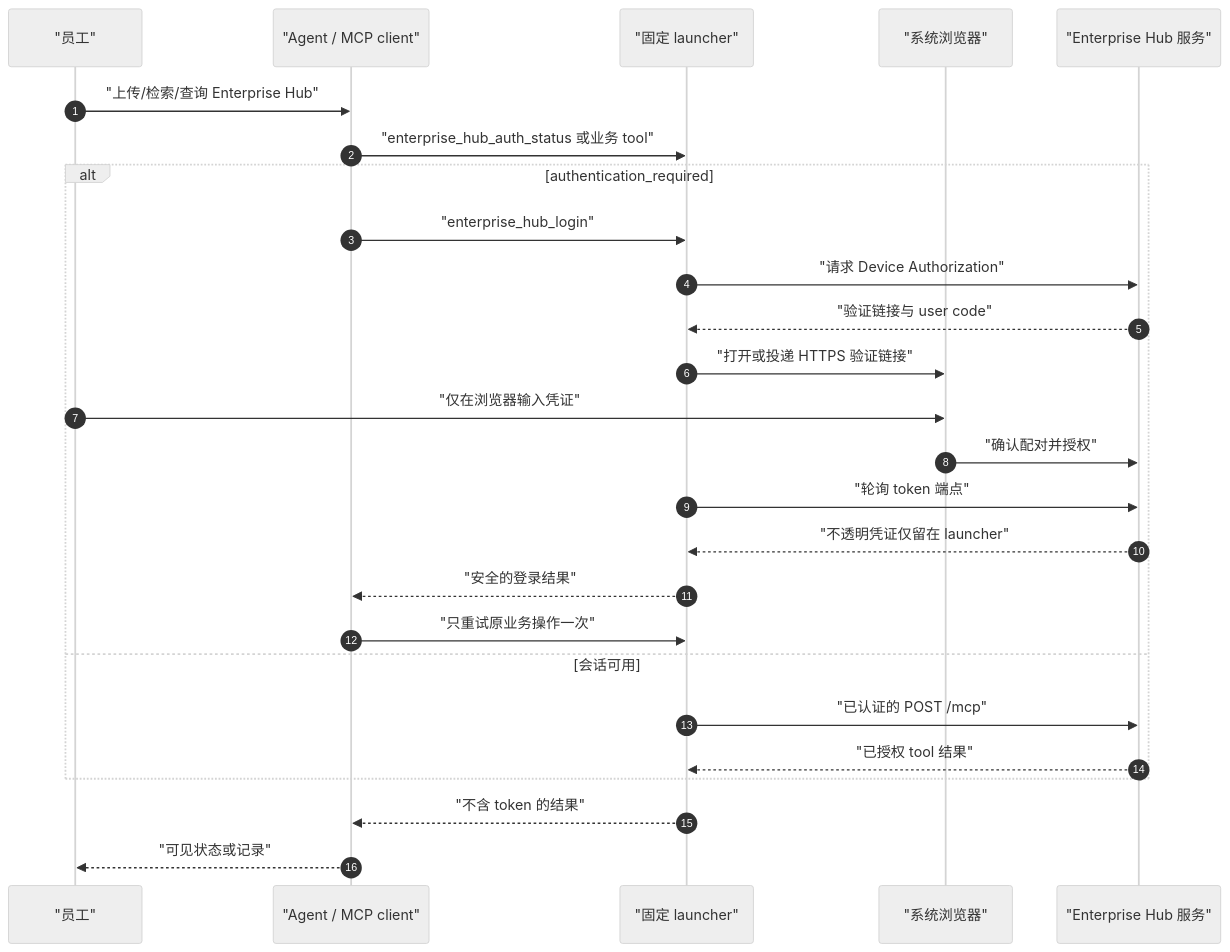
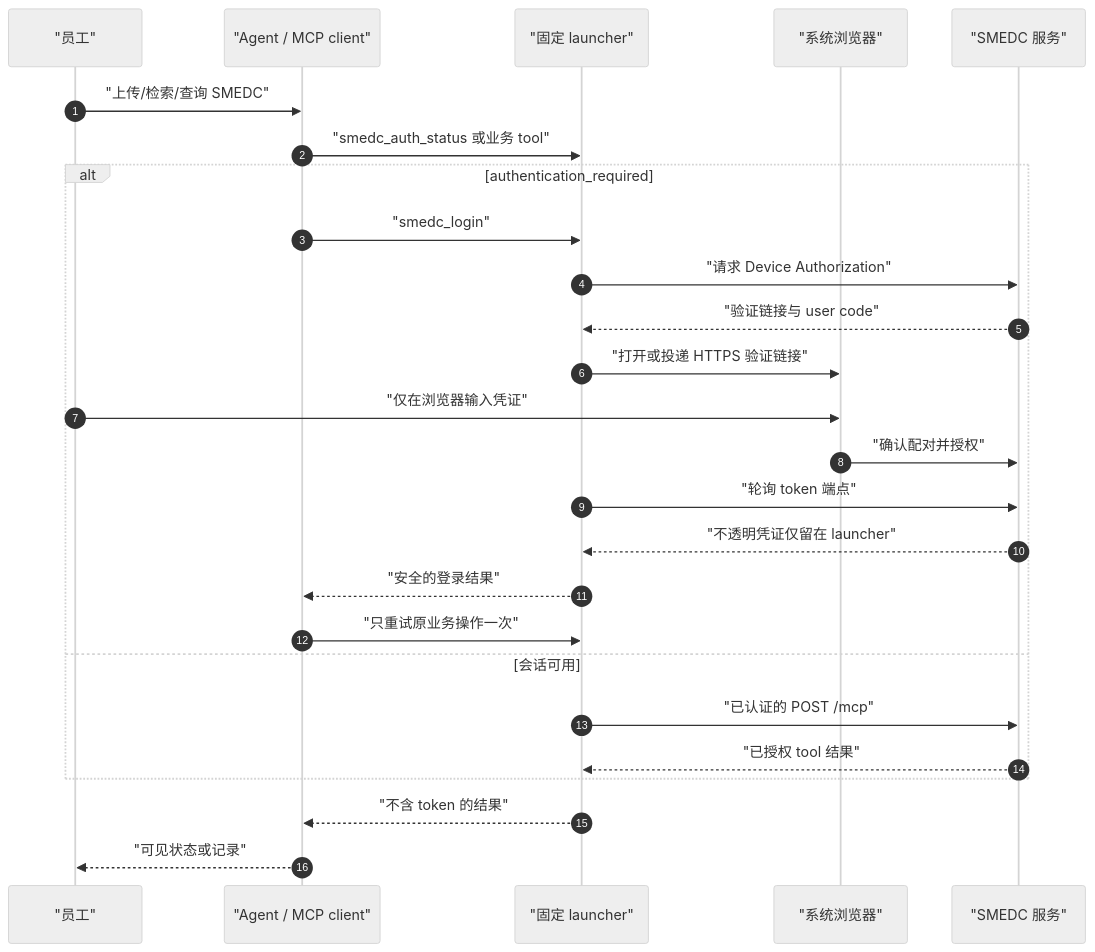
One commit to YinXiaoyu-1998/SME_DATA_CENTER changed the second of 2 diagrams in docs/implementation/mcp-user-flow.zh.md. Above: the diagram before and after it, drawn with Mermaid (neutral theme). The commit also changed other lines of this file and 150 other files, not shown here.

````diff
--- a/docs/implementation/mcp-user-flow.zh.md
+++ b/docs/implementation/mcp-user-flow.zh.md
@@ -51,29 +51,29 @@
 ```mermaid
 sequenceDiagram
   autonumber
   participant E as "员工"
   participant A as "Agent / MCP client"
   participant L as "固定 launcher"
   participant B as "系统浏览器"
-  participant S as "Enterprise Hub 服务"
+  participant S as "SMEDC 服务"
 
-  E->>A: "上传/检索/查询 Enterprise Hub"
-  A->>L: "enterprise_hub_auth_status 或业务 tool"
+  E->>A: "上传/检索/查询 SMEDC"
+  A->>L: "smedc_auth_status 或业务 tool"
   alt authentication_required
-    A->>L: "enterprise_hub_login"
+    A->>L: "smedc_login"
     L->>S: "请求 Device Authorization"
     S-->>L: "验证链接与 user code"
     L->>B: "打开或投递 HTTPS 验证链接"
     E->>B: "仅在浏览器输入凭证"
     B->>S: "确认配对并授权"
     L->>S: "轮询 token 端点"
     S-->>L: "不透明凭证仅留在 launcher"
     L-->>A: "安全的登录结果"
     A->>L: "只重试原业务操作一次"
   else 会话可用
     L->>S: "已认证的 POST /mcp"
     S-->>L: "已授权 tool 结果"
   end
   L-->>A: "不含 token 的结果"
   A-->>E: "可见状态或记录"
 ```
````
